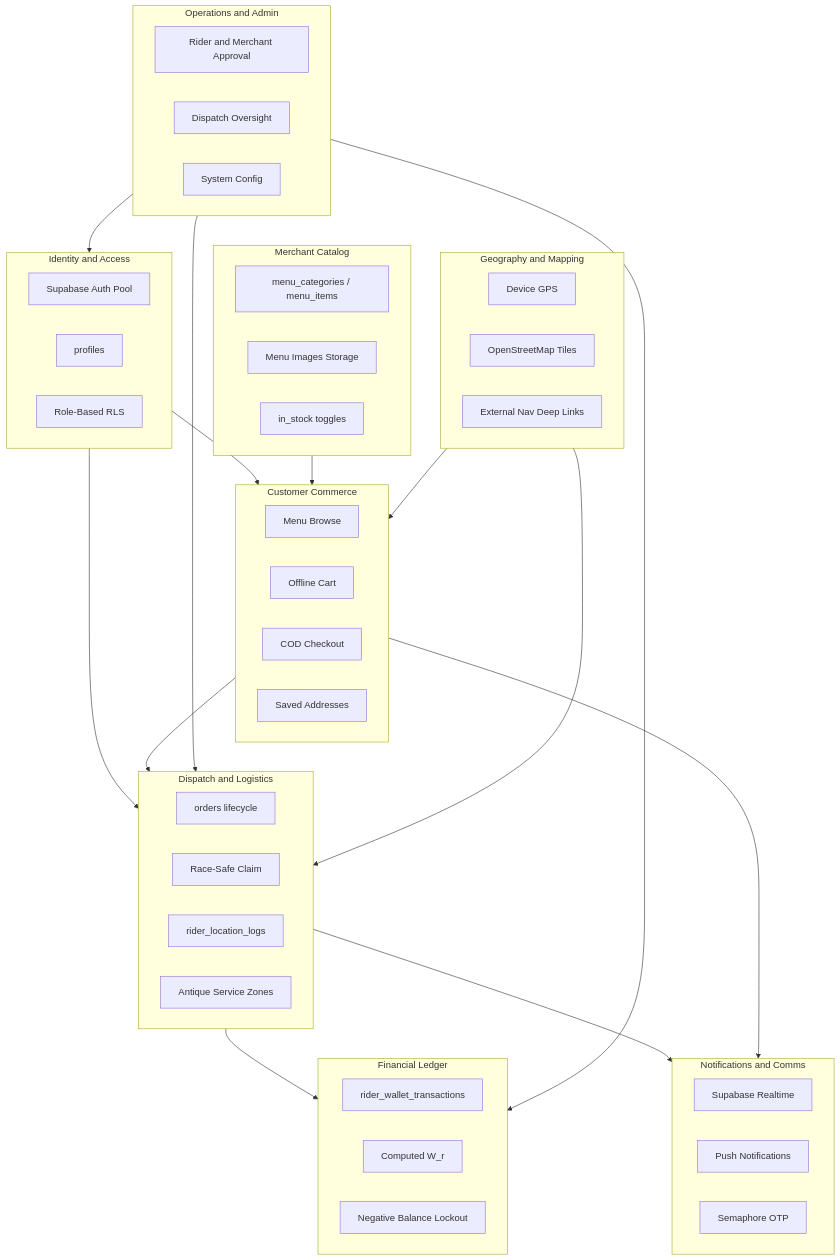
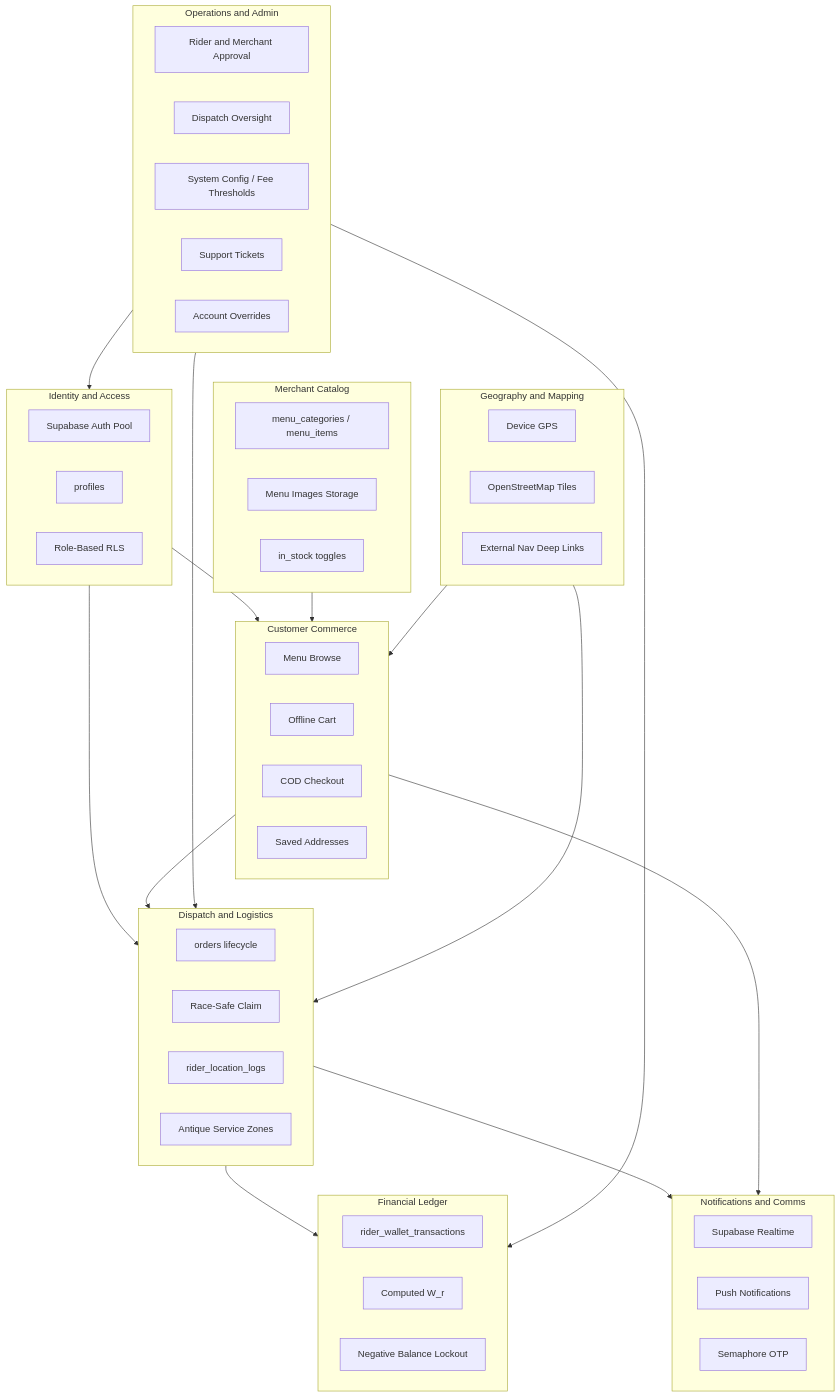
Before and after one commit to xzen-projects/cartman-ph-docs: the diagram in docs/breakdown/domains.md, drawn with Mermaid. The commit also changed other lines of this file and 6 other files, not shown here.

First line of the commit message:
chore: Document COD and support flows

````diff
--- a/docs/breakdown/domains.md
+++ b/docs/breakdown/domains.md
@@ -9,65 +9,67 @@
 ```mermaid
 flowchart TB
   subgraph identity [Identity and Access]
     AuthPool[Supabase Auth Pool]
     Profiles[profiles]
     Roles[Role-Based RLS]
   end
 
   subgraph commerce [Customer Commerce]
     Browse[Menu Browse]
     Cart[Offline Cart]
     Checkout[COD Checkout]
     Addresses[Saved Addresses]
   end
 
   subgraph catalog [Merchant Catalog]
     Menu[menu_categories / menu_items]
     Storage[Menu Images Storage]
     Stock[in_stock toggles]
   end
 
   subgraph dispatch [Dispatch and Logistics]
     Orders[orders lifecycle]
     Claim[Race-Safe Claim]
     Telemetry[rider_location_logs]
     Zones[Antique Service Zones]
   end
 
   subgraph finance [Financial Ledger]
     Wallet[rider_wallet_transactions]
     Balance[Computed W_r]
     Lockout[Negative Balance Lockout]
   end
 
   subgraph ops [Operations and Admin]
     Approvals[Rider and Merchant Approval]
     DispatchMap[Dispatch Oversight]
-    Config[System Config]
+    Config[System Config / Fee Thresholds]
+    Tickets[Support Tickets]
+    Overrides[Account Overrides]
   end
 
   subgraph notify [Notifications and Comms]
     Realtime[Supabase Realtime]
     FCM[Push Notifications]
     SMS[Semaphore OTP]
   end
 
   subgraph geo [Geography and Mapping]
     GPS[Device GPS]
     OSM[OpenStreetMap Tiles]
     DeepLink[External Nav Deep Links]
   end
 
   identity --> commerce
   identity --> dispatch
   catalog --> commerce
   commerce --> dispatch
   dispatch --> finance
   ops --> identity
   ops --> dispatch
   ops --> finance
   dispatch --> notify
   commerce --> notify
   geo --> commerce
   geo --> dispatch
 ```
````
